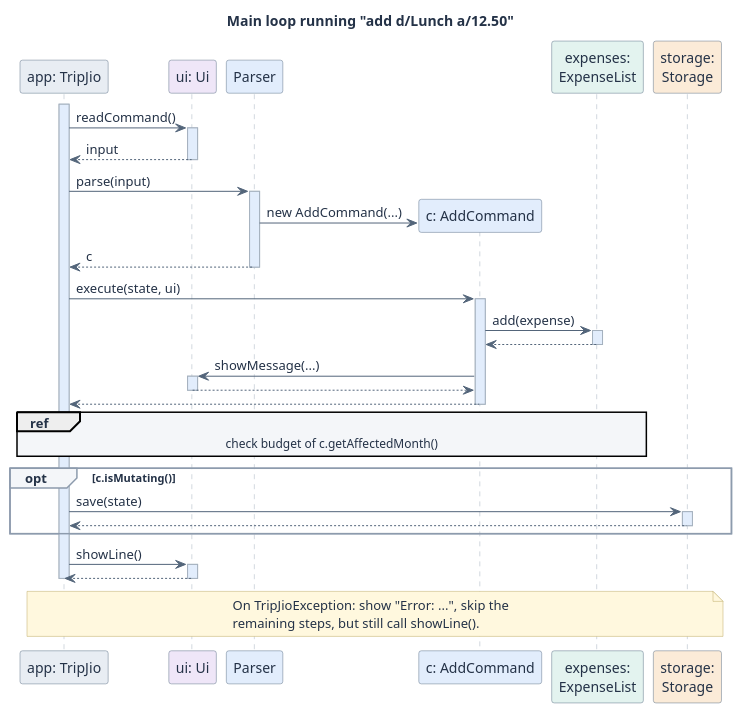
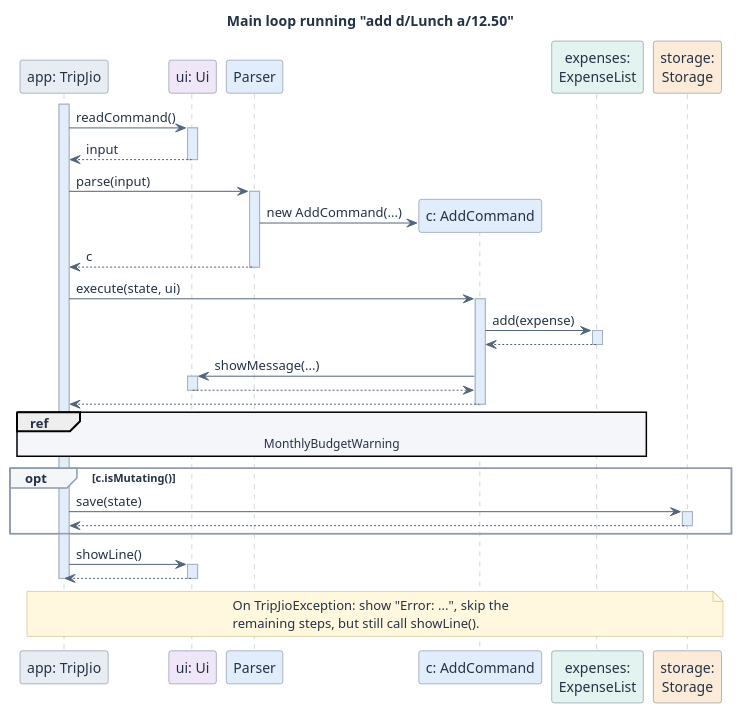
Before and after one commit to AY2627S1-CS2113-W10-1/tp: the diagram in docs/diagrams/AddCommandSequence.puml, drawn with PlantUML. The commit also changed 18 other files, not shown here.

```diff
--- a/docs/diagrams/AddCommandSequence.puml
+++ b/docs/diagrams/AddCommandSequence.puml
@@ -1,58 +1,58 @@
 @startuml
 skinparam shadowing false
 skinparam backgroundColor #FFFFFF
 skinparam defaultFontColor #243247
 skinparam ArrowColor #53657A
 skinparam sequenceLifeLineBackgroundColor #E2EDFC
 skinparam NoteBackgroundColor #FFF8DE
 skinparam NoteBorderColor #BDAA65
 skinparam sequenceParticipantBorderColor #60758A
 skinparam sequenceLifeLineBorderColor #A5B1BE
 skinparam sequenceGroupBorderColor #8D9BAD
 skinparam sequenceGroupBackgroundColor #F4F6F9
 skinparam sequenceReferenceBackgroundColor #F4F6F9
 title Main loop running "add d/Lunch a/12.50"
 participant "app: TripJio" as App #E8EDF3
 participant "ui: Ui" as Ui #EFE6F8
 participant "Parser" as Parser #E2EDFC
 participant "c: AddCommand" as Cmd #E2EDFC
 participant "expenses:\nExpenseList" as Expenses #E3F3EF
 participant "storage:\nStorage" as Storage #FBEBD8
 
 activate App
 App -> Ui : readCommand()
 activate Ui
 Ui --> App : input
 deactivate Ui
 App -> Parser : parse(input)
 activate Parser
 create Cmd
 Parser -> Cmd : new AddCommand(...)
 Parser --> App : c
 deactivate Parser
 App -> Cmd : execute(state, ui)
 activate Cmd
 Cmd -> Expenses : add(expense)
 activate Expenses
 Expenses --> Cmd
 deactivate Expenses
 Cmd -> Ui : showMessage(...)
 activate Ui
 Ui --> Cmd
 deactivate Ui
 Cmd --> App
 deactivate Cmd
-ref over App, Expenses : check budget of c.getAffectedMonth()
+ref over App, Expenses : MonthlyBudgetWarning
 opt c.isMutating()
 App -> Storage : save(state)
 activate Storage
 Storage --> App
 deactivate Storage
 end
 App -> Ui : showLine()
 activate Ui
 Ui --> App
 deactivate Ui
 deactivate App
 note over App, Storage : On TripJioException: show "Error: ...", skip the\nremaining steps, but still call showLine().
 @enduml
```
